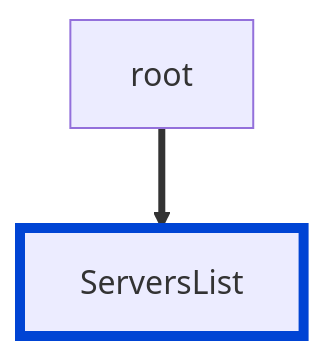
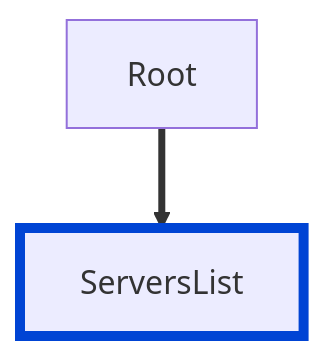
One commit to Redocly/redocly-cli changed the diagram in docs/@v1/rules/oas/no-empty-servers.md. Above: the diagram before and after it, drawn with Mermaid. The commit also changed 36 other files, not shown here.

````diff
--- a/docs/@v1/rules/oas/no-empty-servers.md
+++ b/docs/@v1/rules/oas/no-empty-servers.md
@@ -15,7 +15,7 @@
 ```mermaid
 flowchart TD
 
-root ==> ServersList
+Root ==> ServersList
 
 style ServersList fill:#codaf9,stroke:#0044d4,stroke-width:5px
 ```
````
